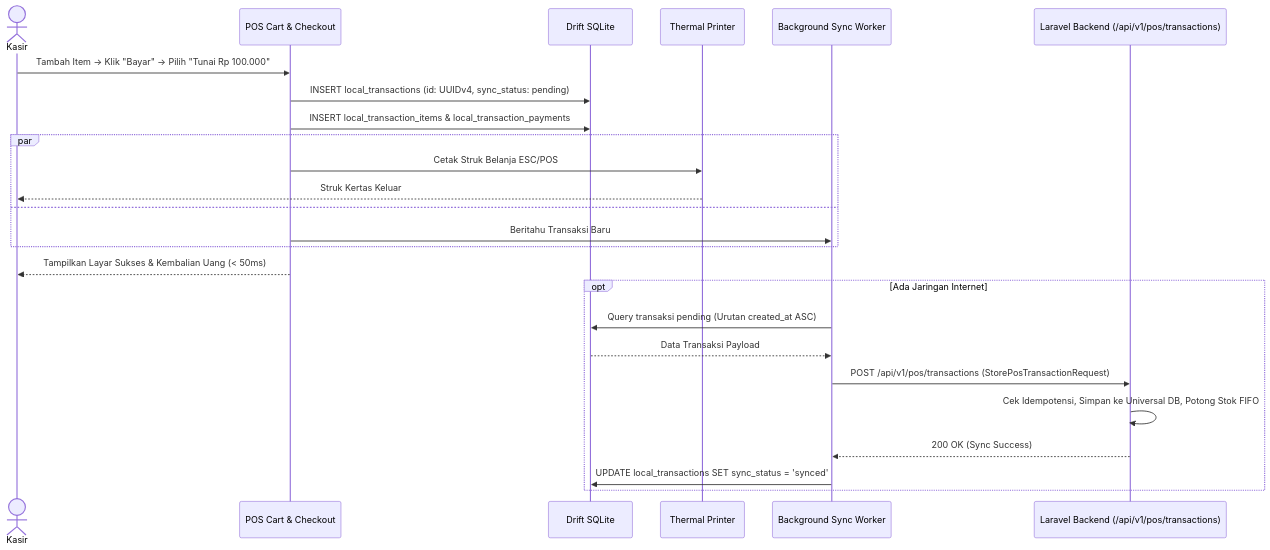
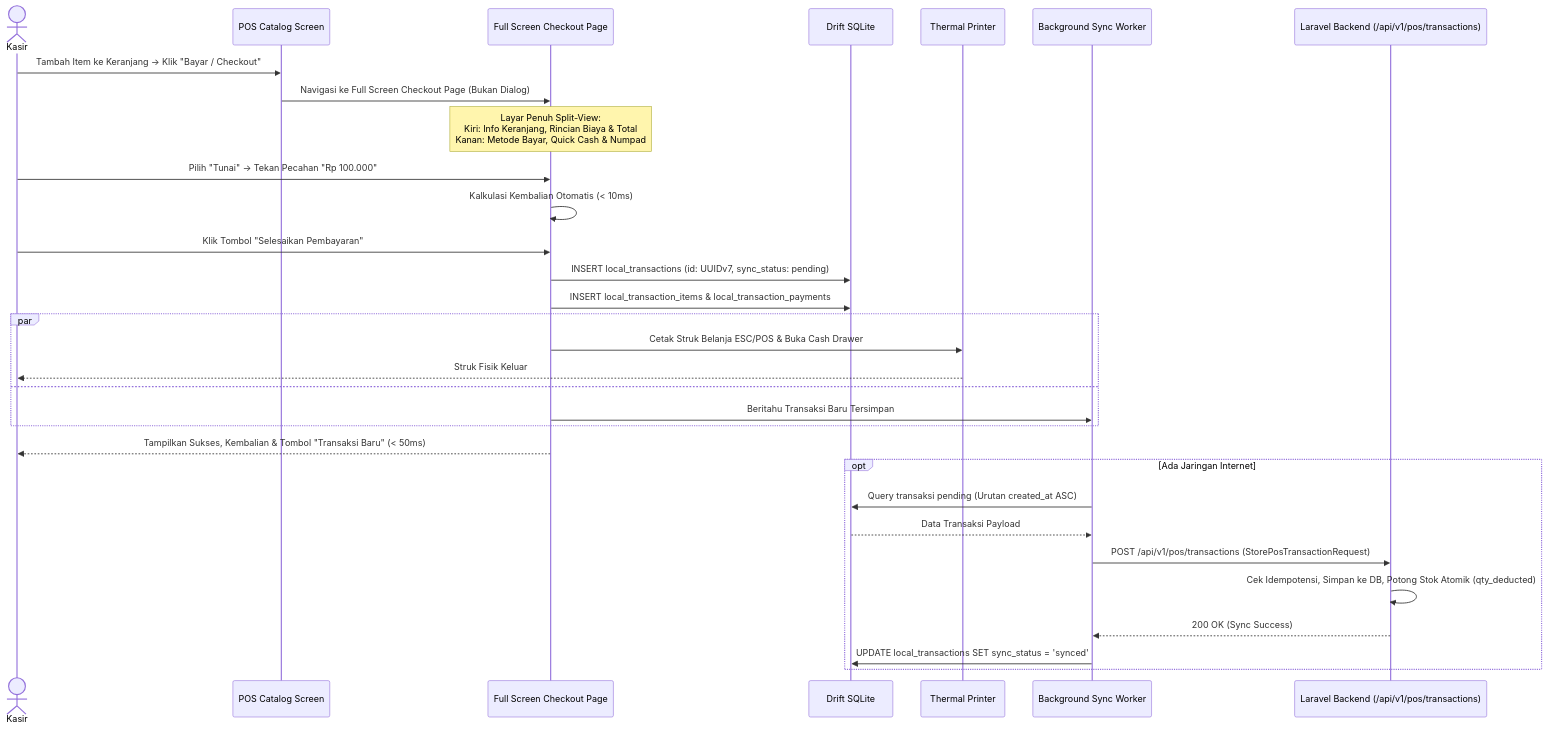
Before and after one commit to whykrr/sollu-app: the first of 2 diagrams in prd/PRD Transaksi - Channel POS V1.3 Core Fast Checkout, Hold-Resume, Delta Sync & Realtime Stream.md, drawn with Mermaid. The commit also changed other lines of this file and 21 other files, not shown here.

````diff
--- a/prd/PRD Transaksi - Channel POS V1.3 Core Fast Checkout, Hold-Resume, Delta Sync & Realtime Stream.md
+++ b/prd/PRD Transaksi - Channel POS V1.3 Core Fast Checkout, Hold-Resume, Delta Sync & Realtime Stream.md
@@ -140,29 +189,36 @@
 ```mermaid
 sequenceDiagram
     actor Cashier as Kasir
-    participant UI as POS Cart & Checkout
+    participant CatalogUI as POS Catalog Screen
+    participant CheckoutUI as Full Screen Checkout Page
     participant LocalDB as Drift SQLite
     participant Printer as Thermal Printer
     participant Worker as Background Sync Worker
     participant API as Laravel Backend (/api/v1/pos/transactions)
 
-    Cashier->>UI: Tambah Item -> Klik "Bayar" -> Pilih "Tunai Rp 100.000"
-    UI->>LocalDB: INSERT local_transactions (id: UUIDv4, sync_status: pending)
-    UI->>LocalDB: INSERT local_transaction_items & local_transaction_payments
+    Cashier->>CatalogUI: Tambah Item ke Keranjang -> Klik "Bayar / Checkout"
+    CatalogUI->>CheckoutUI: Navigasi ke Full Screen Checkout Page (Bukan Dialog)
+    Note over CheckoutUI: Layar Penuh Split-View:<br/>Kiri: Info Keranjang, Rincian Biaya & Total<br/>Kanan: Metode Bayar, Quick Cash & Numpad
+    Cashier->>CheckoutUI: Pilih "Tunai" -> Tekan Pecahan "Rp 100.000"
+    CheckoutUI->>CheckoutUI: Kalkulasi Kembalian Otomatis (< 10ms)
+    Cashier->>CheckoutUI: Klik Tombol "Selesaikan Pembayaran"
+    
+    CheckoutUI->>LocalDB: INSERT local_transactions (id: UUIDv7, sync_status: pending)
+    CheckoutUI->>LocalDB: INSERT local_transaction_items & local_transaction_payments
     par
-        UI->>Printer: Cetak Struk Belanja ESC/POS
-        Printer-->>Cashier: Struk Kertas Keluar
+        CheckoutUI->>Printer: Cetak Struk Belanja ESC/POS & Buka Cash Drawer
+        Printer-->>Cashier: Struk Fisik Keluar
     and
-        UI->>Worker: Beritahu Transaksi Baru
+        CheckoutUI->>Worker: Beritahu Transaksi Baru Tersimpan
     end
-    UI-->>Cashier: Tampilkan Layar Sukses & Kembalian Uang (< 50ms)
+    CheckoutUI-->>Cashier: Tampilkan Sukses, Kembalian & Tombol "Transaksi Baru" (< 50ms)
 
     opt Ada Jaringan Internet
         Worker->>LocalDB: Query transaksi pending (Urutan created_at ASC)
         LocalDB-->>Worker: Data Transaksi Payload
         Worker->>API: POST /api/v1/pos/transactions (StorePosTransactionRequest)
-        API->>API: Cek Idempotensi, Simpan ke Universal DB, Potong Stok FIFO
+        API->>API: Cek Idempotensi, Simpan ke DB, Potong Stok Atomik (qty_deducted)
         API-->>Worker: 200 OK (Sync Success)
         Worker->>LocalDB: UPDATE local_transactions SET sync_status = 'synced'
     end
 ```
````
